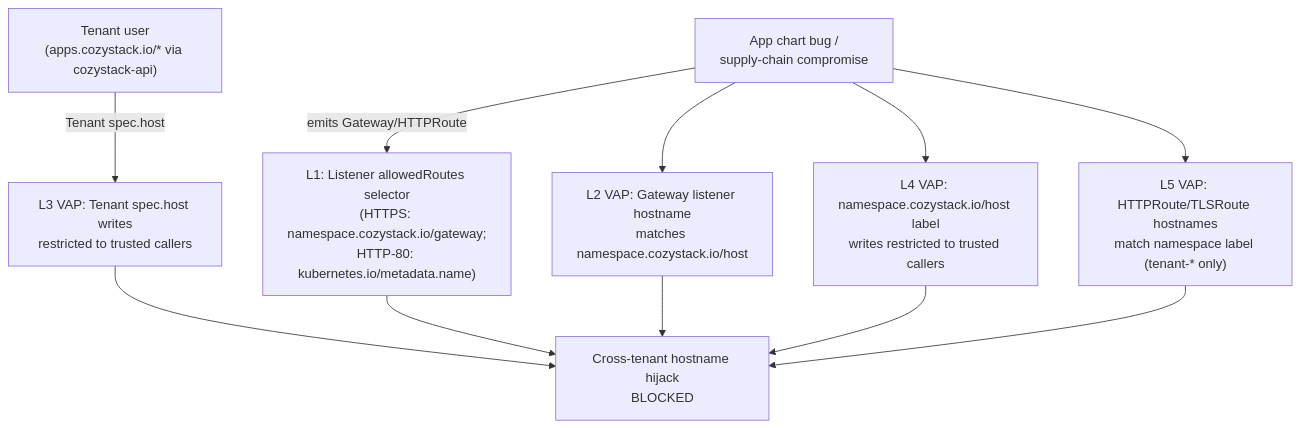
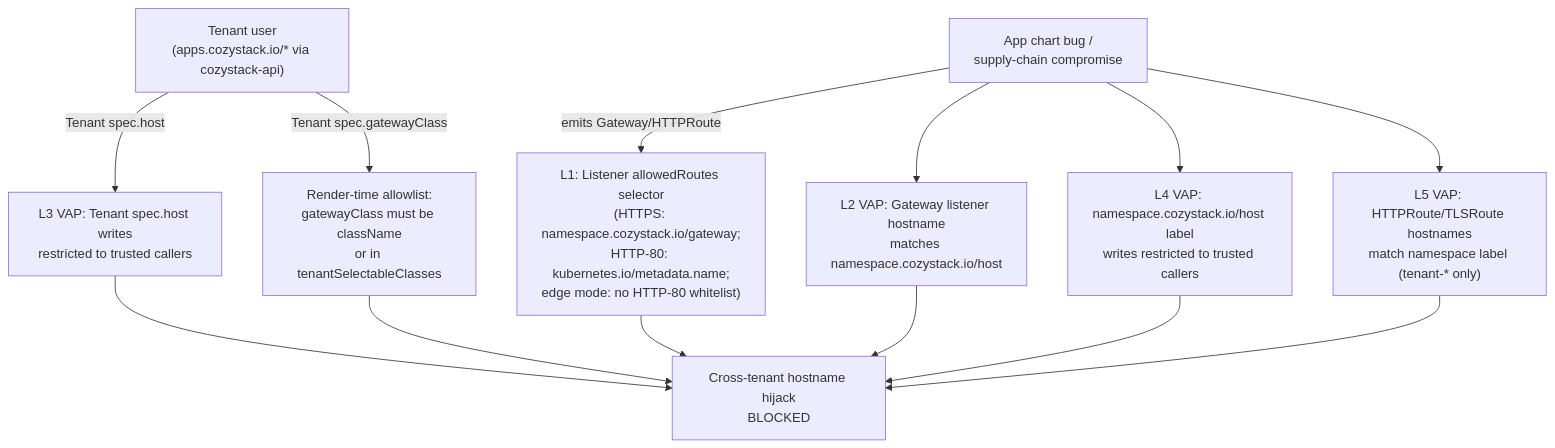
The third of 3 diagrams in content/en/docs/next/networking/gateway-api.md (cozystack/website), drawn with Mermaid before and after one commit. The commit also changed other lines of this file, not shown here.

First line of the commit message:
docs(networking): document GatewayClass selection and the edge cert mode

````diff
--- a/content/en/docs/next/networking/gateway-api.md
+++ b/content/en/docs/next/networking/gateway-api.md
@@ -307,26 +406,29 @@
 ```mermaid
 flowchart TD
     USER["Tenant user<br/>(apps.cozystack.io/* via cozystack-api)"]
     CHART["App chart bug /<br/>supply-chain compromise"]
 
     L3["L3 VAP: Tenant spec.host writes<br/>restricted to trusted callers"]
+    RT["Render-time allowlist:<br/>gatewayClass must be className<br/>or in tenantSelectableClasses"]
 
-    L1["L1: Listener allowedRoutes selector<br/>(HTTPS: namespace.cozystack.io/gateway;<br/>HTTP-80: kubernetes.io/metadata.name)"]
+    L1["L1: Listener allowedRoutes selector<br/>(HTTPS: namespace.cozystack.io/gateway;<br/>HTTP-80: kubernetes.io/metadata.name;<br/>edge mode: no HTTP-80 whitelist)"]
     L2["L2 VAP: Gateway listener hostname<br/>matches namespace.cozystack.io/host"]
     L4["L4 VAP: namespace.cozystack.io/host label<br/>writes restricted to trusted callers"]
     L5["L5 VAP: HTTPRoute/TLSRoute hostnames<br/>match namespace label (tenant-* only)"]
 
     GW["Cross-tenant hostname hijack<br/>BLOCKED"]
 
     USER -->|Tenant spec.host| L3
+    USER -->|Tenant spec.gatewayClass| RT
     L3 --> GW
+    RT --> GW
 
     CHART -->|emits Gateway/HTTPRoute| L1
     CHART --> L2
     CHART --> L4
     CHART --> L5
     L1 --> GW
     L2 --> GW
     L4 --> GW
     L5 --> GW
 ```
````
